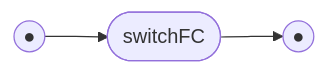
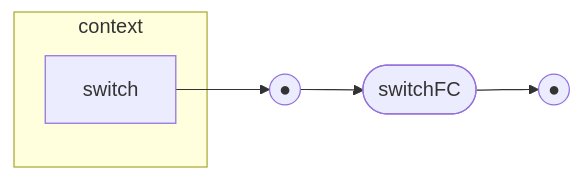
Diagram 55 of 59 in docs/railroad.md (billhails/CEKF), drawn with Mermaid before and after one commit. The commit also changed other lines of this file and 4 other files, not shown here.

````diff
--- a/docs/railroad.md
+++ b/docs/railroad.md
@@ -789,6 +847,9 @@
 ```mermaid
 flowchart LR
 s(("●"))
 e(("●"))
-s --> sfc([switchFC]) --> e
+subgraph context
+switch
+end
+switch --> s --> sfc([switchFC]) --> e
 ```
````
